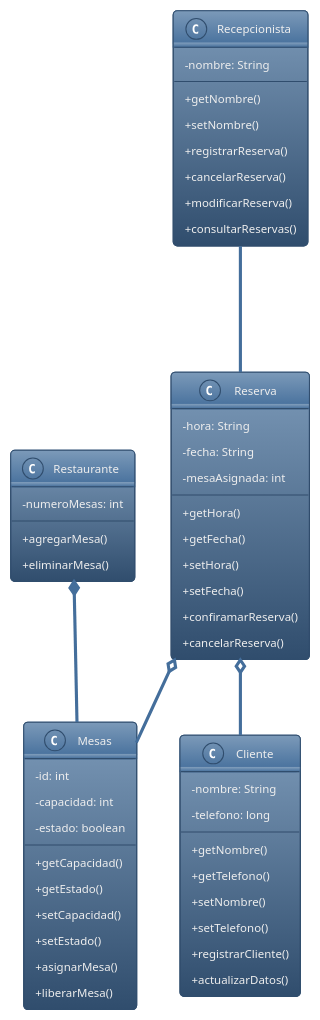
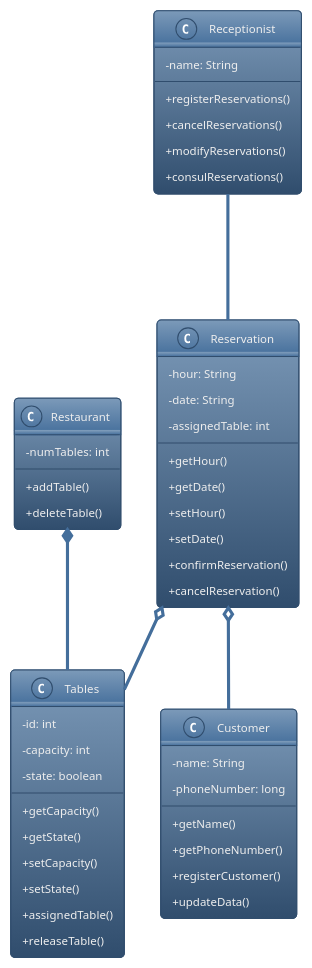
The diagram in Sistema_De_Reservas/src/diagramaDeClases.puml (Andres0955/proyectoPoo), drawn with PlantUML before and after one commit. The commit also changed 9 other files, not shown here.

```diff
--- a/Sistema_De_Reservas/src/diagramaDeClases.puml
+++ b/Sistema_De_Reservas/src/diagramaDeClases.puml
@@ -1,67 +1,63 @@
 @startuml
 'https://plantuml.com/sequence-diagram
 skinparam classAttributeIconSize 0
 !theme spacelab
-class Restaurante{
-    -numeroMesas: int
+class Restaurant{
+    -numTables: int
 
-    +agregarMesa()
-    +eliminarMesa()
+    +addTable()
+    +deleteTable()
 
 }
 
-class Reserva{
-    -hora: String
-    -fecha: String
-    -mesaAsignada: int
+class Reservation{
+    -hour: String
+    -date: String
+    -assignedTable: int
 
-    +getHora()
-    +getFecha()
-    +setHora()
-    +setFecha()
-    +confiramarReserva()
-    +cancelarReserva()
+    +getHour()
+    +getDate()
+    +setHour()
+    +setDate()
+    +confirmReservation()
+    +cancelReservation()
 }
 
-class Mesas{
+class Tables{
     -id: int
-    -capacidad: int
-    -estado: boolean
+    -capacity: int
+    -state: boolean
 
-    +getCapacidad()
-    +getEstado()
-    +setCapacidad()
-    +setEstado()
-    +asignarMesa()
-    +liberarMesa()
+    +getCapacity()
+    +getState()
+    +setCapacity()
+    +setState()
+    +assignedTable()
+    +releaseTable()
 }
 
-class Cliente{
-    -nombre: String
-    -telefono: long
+class Customer{
+    -name: String
+    -phoneNumber: long
 
-    +getNombre()
-    +getTelefono()
-    +setNombre()
-    +setTelefono()
-    +registrarCliente()
-    +actualizarDatos()
+    +getName()
+    +getPhoneNumber()
+    +registerCustomer()
+    +updateData()
 }
 
-class Recepcionista{
-    -nombre: String
+class Receptionist{
+    -name: String
 
-    +getNombre()
-    +setNombre()
-    +registrarReserva()
-    +cancelarReserva()
-    +modificarReserva()
-    +consultarReservas()
+    +registerReservations()
+    +cancelReservations()
+    +modifyReservations()
+    +consulReservations()
 }
 
-Restaurante *-- Mesas
-Reserva o-- Mesas
-Reserva o-- Cliente
-Recepcionista --- Reserva
+Restaurant *-- Tables
+Reservation o-- Tables
+Reservation o-- Customer
+Receptionist --- Reservation
 
 @enduml
```
